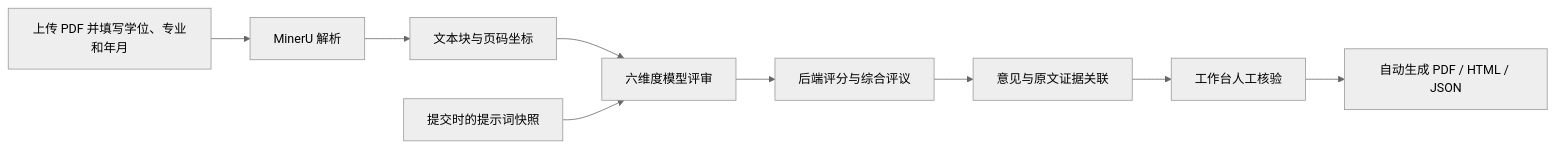
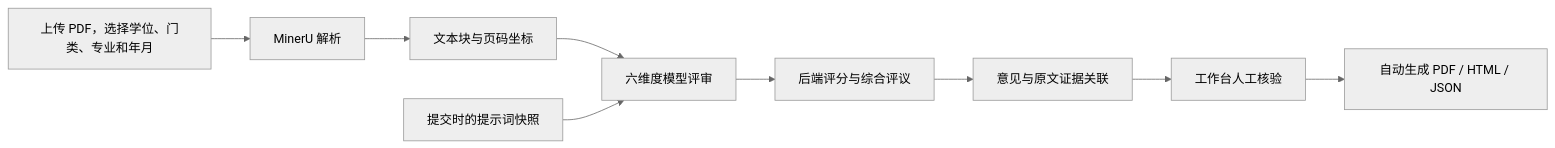
Before and after one commit to JackLiu-97/wenheng-thesis-review-lab: the diagram in README.md, drawn with Mermaid (neutral theme). The commit also changed other lines of this file and 28 other files, not shown here.

````diff
--- a/README.md
+++ b/README.md
@@ -49,11 +49,11 @@
 ```mermaid
 flowchart LR
-    A[上传 PDF 并填写学位、专业和年月] --> B[MinerU 解析]
+    A[上传 PDF，选择学位、门类、专业和年月] --> B[MinerU 解析]
     B --> C[文本块与页码坐标]
     C --> D[六维度模型评审]
     P[提交时的提示词快照] --> D
     D --> S[后端评分与综合评议]
     S --> E[意见与原文证据关联]
     E --> F[工作台人工核验]
     F --> G[自动生成 PDF / HTML / JSON]
 ```
````
